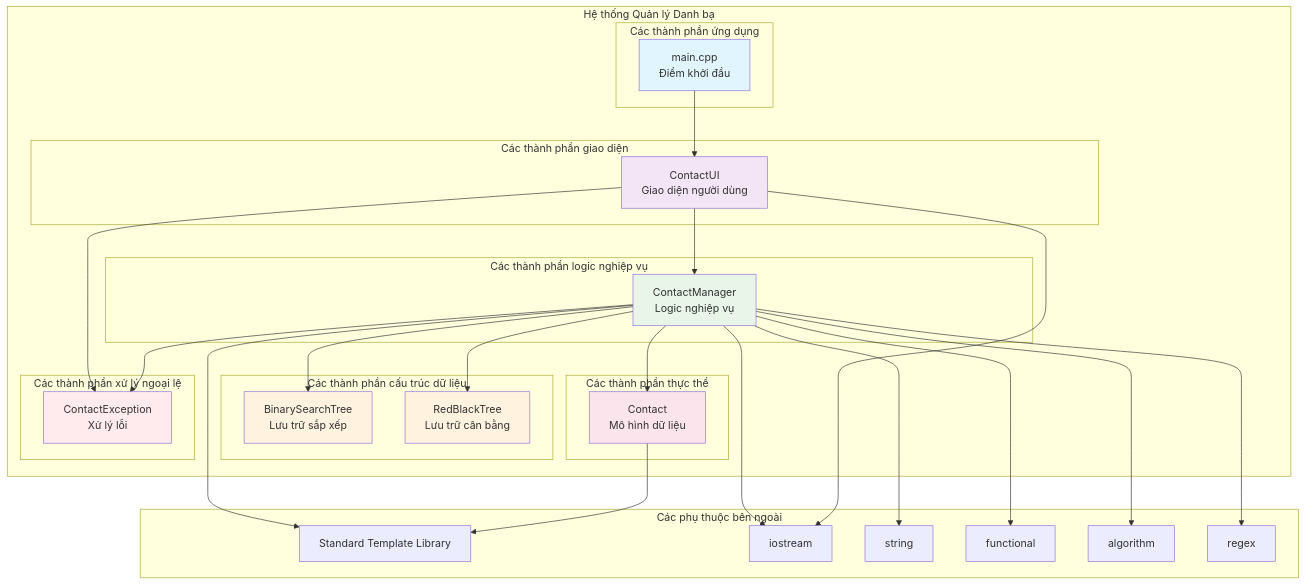
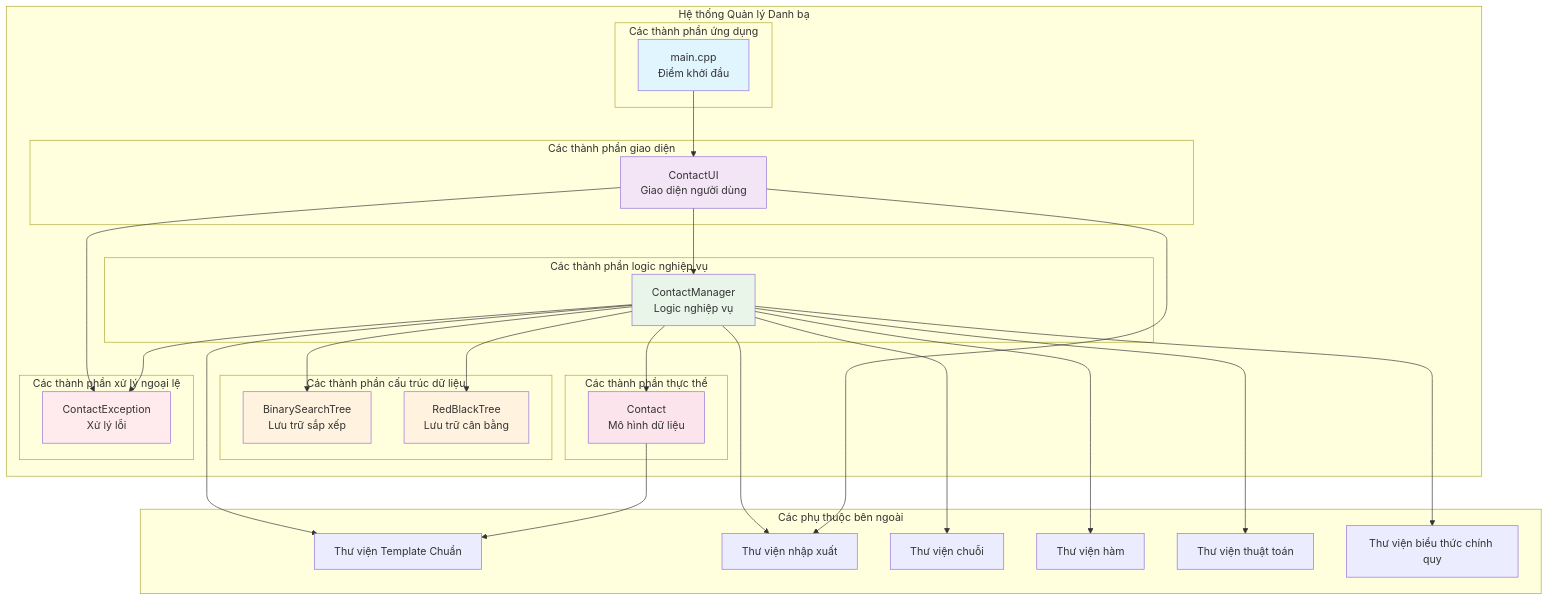
One commit to TaiLoiZzzz/DSA_PROJECT changed the tenth of 15 diagrams in docs/UML_Documentation_Improved.md. Above: the diagram before and after it, drawn with Mermaid. The commit also changed other lines of this file, not shown here.

````diff
--- a/docs/UML_Documentation_Improved.md
+++ b/docs/UML_Documentation_Improved.md
@@ -466,63 +467,63 @@
 ```mermaid
 graph TB
     subgraph "Hệ thống Quản lý Danh bạ"
         subgraph "Các thành phần ứng dụng"
             MAIN[main.cpp<br/>Điểm khởi đầu]
         end
         
         subgraph "Các thành phần giao diện"
             UI[ContactUI<br/>Giao diện người dùng]
         end
         
         subgraph "Các thành phần logic nghiệp vụ"
             CM[ContactManager<br/>Logic nghiệp vụ]
         end
         
         subgraph "Các thành phần cấu trúc dữ liệu"
             BST[BinarySearchTree<br/>Lưu trữ sắp xếp]
             RBT[RedBlackTree<br/>Lưu trữ cân bằng]
         end
         
         subgraph "Các thành phần thực thể"
             C[Contact<br/>Mô hình dữ liệu]
         end
         
         subgraph "Các thành phần xử lý ngoại lệ"
             EX[ContactException<br/>Xử lý lỗi]
         end
     end
     
     subgraph "Các phụ thuộc bên ngoài"
-        STL[Standard Template Library]
-        IO[iostream]
-        STRING[string]
-        FUNCTIONAL[functional]
-        ALGORITHM[algorithm]
-        REGEX[regex]
+        STL[Thư viện Template Chuẩn]
+        IO[Thư viện nhập xuất]
+        STRING[Thư viện chuỗi]
+        FUNCTIONAL[Thư viện hàm]
+        ALGORITHM[Thư viện thuật toán]
+        REGEX[Thư viện biểu thức chính quy]
     end
     
     MAIN --> UI
     UI --> CM
     CM --> BST
     CM --> RBT
     CM --> C
     CM --> EX
     UI --> EX
     
     C --> STL
     CM --> STL
     UI --> IO
     CM --> IO
     CM --> STRING
     CM --> FUNCTIONAL
     CM --> ALGORITHM
     CM --> REGEX
     
     style MAIN fill:#e1f5fe
     style UI fill:#f3e5f5
     style CM fill:#e8f5e8
     style BST fill:#fff3e0
     style RBT fill:#fff3e0
     style C fill:#fce4ec
     style EX fill:#ffebee
 ```
````
